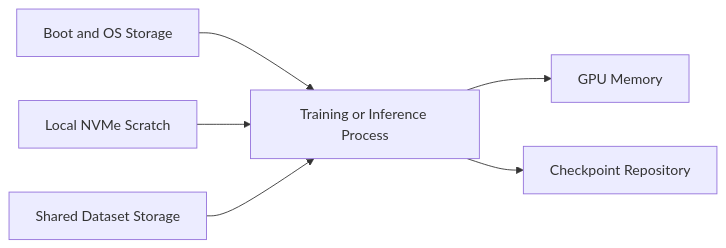
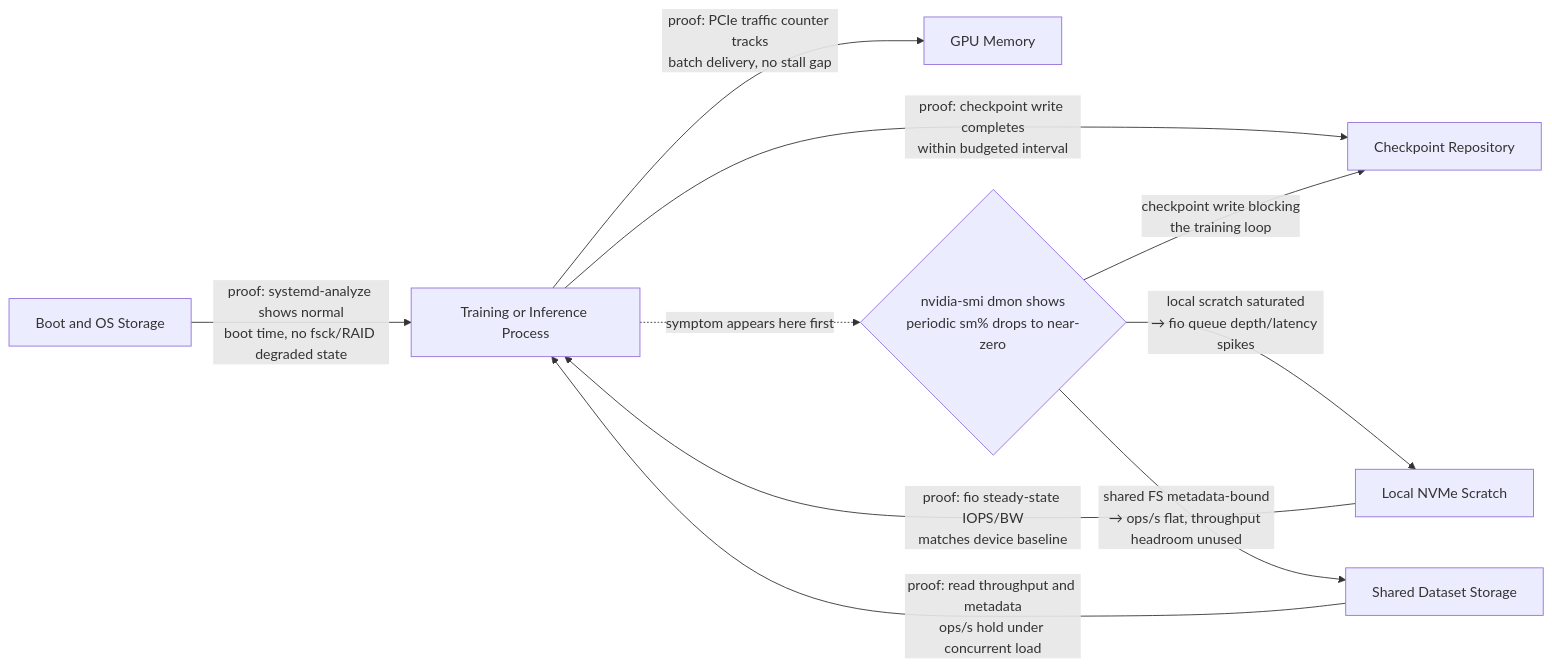
One commit to jithinpnjm/nvidia-devops changed the first of 2 diagrams in docs/nvidia-zero-to-hero/volume-05/chapter-05-dgx-storage-and-data-paths.md. Above: the diagram before and after it, drawn with Mermaid. The commit also changed other lines of this file and 5 other files, not shown here.

Commit message:
WIP checkpoint: depth rework in progress, NOT verified/built — session hit rate limit mid-run

````diff
--- a/docs/nvidia-zero-to-hero/volume-05/chapter-05-dgx-storage-and-data-paths.md
+++ b/docs/nvidia-zero-to-hero/volume-05/chapter-05-dgx-storage-and-data-paths.md
@@ -37,15 +37,21 @@
 ```mermaid
 flowchart LR
     Boot[Boot and OS Storage]
     Local[Local NVMe Scratch]
     Shared[Shared Dataset Storage]
     Checkpoint[Checkpoint Repository]
     App[Training or Inference Process]
     GPU[GPU Memory]
+    Idle{"nvidia-smi dmon shows<br/>periodic sm% drops to near-zero"}
 
-    Boot --> App
-    Local --> App
-    Shared --> App
-    App --> GPU
-    App --> Checkpoint
+    Boot -->|"proof: systemd-analyze shows normal<br/>boot time, no fsck/RAID degraded state"| App
+    Local -->|"proof: fio steady-state IOPS/BW<br/>matches device baseline"| App
+    Shared -->|"proof: read throughput and metadata<br/>ops/s hold under concurrent load"| App
+    App -->|"proof: PCIe traffic counter tracks<br/>batch delivery, no stall gap"| GPU
+    App -->|"proof: checkpoint write completes<br/>within budgeted interval"| Checkpoint
+
+    App -.->|"symptom appears here first"| Idle
+    Idle -->|"local scratch saturated<br/>→ fio queue depth/latency spikes"| Local
+    Idle -->|"shared FS metadata-bound<br/>→ ops/s flat, throughput headroom unused"| Shared
+    Idle -->|"checkpoint write blocking<br/>the training loop"| Checkpoint
 ```
````
